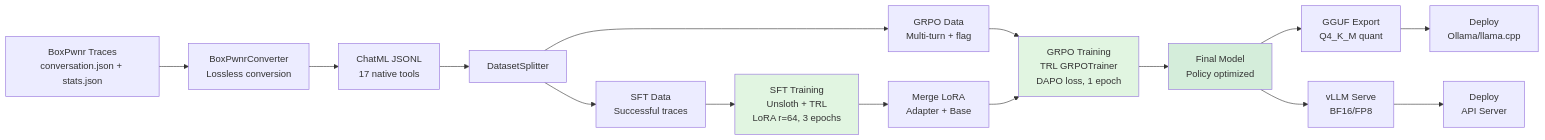
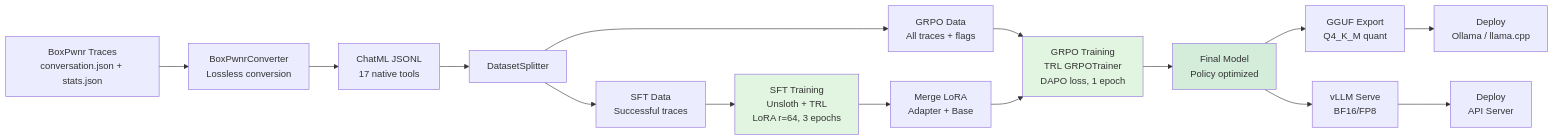
Before and after one commit to westonbrown/open-ctf-env: the diagram in README.md, drawn with Mermaid. The commit also changed other lines of this file and 2 other files, not shown here.

````diff
--- a/README.md
+++ b/README.md
@@ -237,26 +18,26 @@
 ```mermaid
 graph LR
     A[BoxPwnr Traces<br/>conversation.json + stats.json] --> B[BoxPwnrConverter<br/>Lossless conversion]
     B --> C[ChatML JSONL<br/>17 native tools]
     C --> D[DatasetSplitter]
 
     D --> E[SFT Data<br/>Successful traces]
-    D --> F[GRPO Data<br/>Multi-turn + flag]
+    D --> F[GRPO Data<br/>All traces + flags]
 
     E --> G[SFT Training<br/>Unsloth + TRL<br/>LoRA r=64, 3 epochs]
     F --> H[GRPO Training<br/>TRL GRPOTrainer<br/>DAPO loss, 1 epoch]
 
     G --> I[Merge LoRA<br/>Adapter + Base]
     I --> H
     H --> J[Final Model<br/>Policy optimized]
 
     J --> K[GGUF Export<br/>Q4_K_M quant]
     J --> L[vLLM Serve<br/>BF16/FP8]
 
-    K --> M[Deploy<br/>Ollama/llama.cpp]
+    K --> M[Deploy<br/>Ollama / llama.cpp]
     L --> N[Deploy<br/>API Server]
 
     style G fill:#e1f5e1
     style H fill:#e1f5e1
     style J fill:#d4edda
 ```
````
